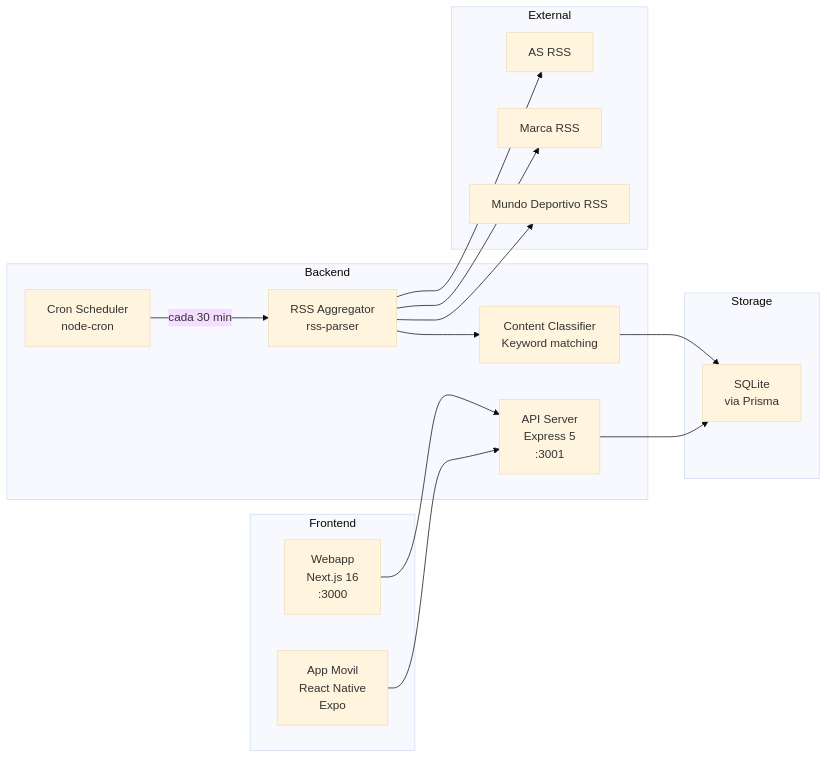
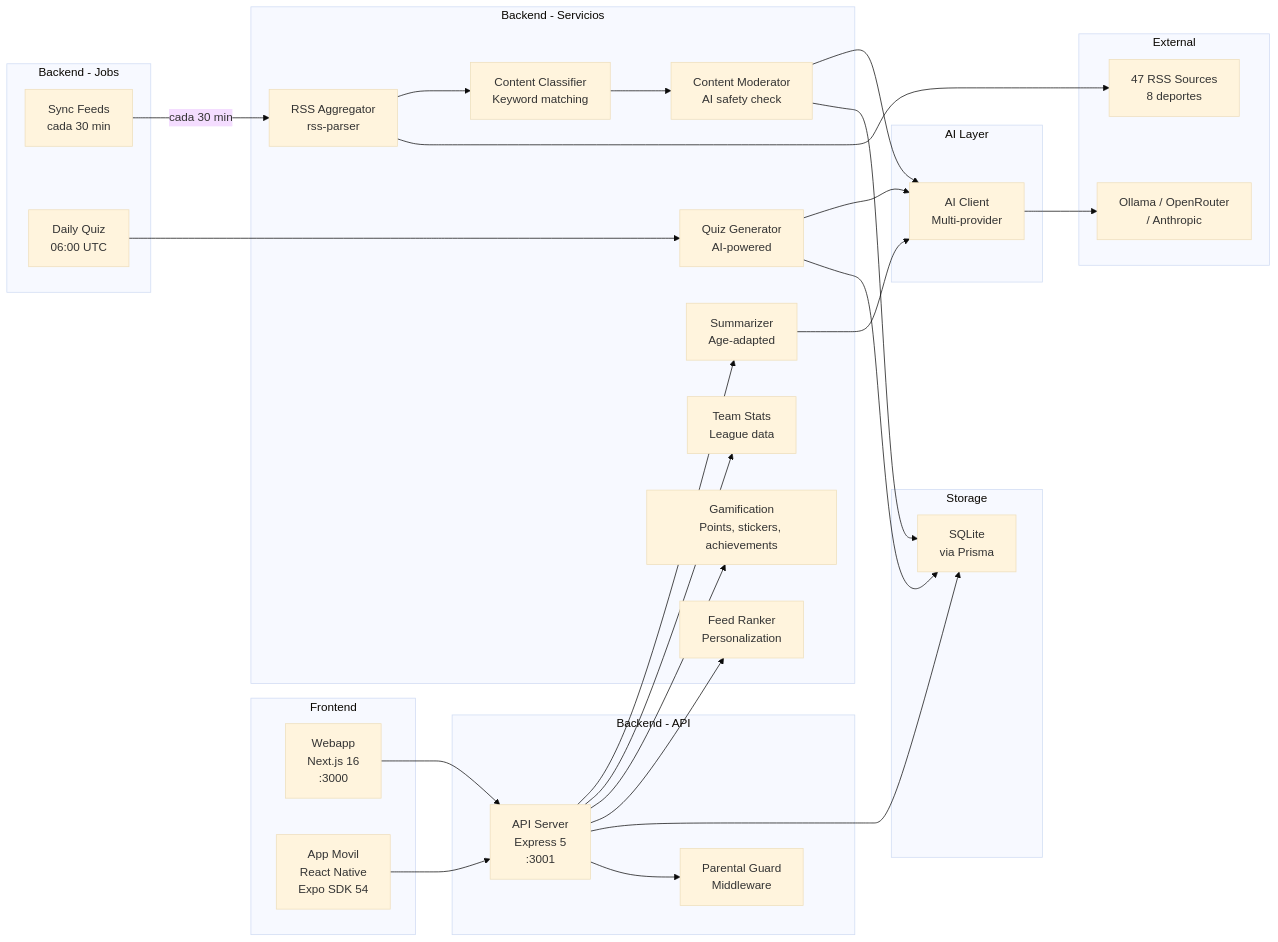
Before and after one commit to durdy48/SportyKids: the first of 2 diagrams in docs/es/06-service-overview.md, drawn with Mermaid (base theme). The commit also changed other lines of this file and 22 other files, not shown here.

````diff
--- a/docs/es/06-service-overview.md
+++ b/docs/es/06-service-overview.md
@@ -5,34 +5,61 @@
 ```mermaid
 graph LR
     subgraph "Frontend"
         A["Webapp<br/>Next.js 16<br/>:3000"]
-        B["App Movil<br/>React Native<br/>Expo"]
+        B["App Movil<br/>React Native<br/>Expo SDK 54"]
     end
 
-    subgraph "Backend"
+    subgraph "Backend - API"
         C["API Server<br/>Express 5<br/>:3001"]
+        PG["Parental Guard<br/>Middleware"]
+    end
+
+    subgraph "Backend - Servicios"
         D["RSS Aggregator<br/>rss-parser"]
         E["Content Classifier<br/>Keyword matching"]
-        F["Cron Scheduler<br/>node-cron"]
+        CM["Content Moderator<br/>AI safety check"]
+        SUM["Summarizer<br/>Age-adapted"]
+        QG["Quiz Generator<br/>AI-powered"]
+        GAM["Gamification<br/>Points, stickers, achievements"]
+        FR["Feed Ranker<br/>Personalization"]
+        TS["Team Stats<br/>League data"]
+    end
+
+    subgraph "Backend - Jobs"
+        F["Sync Feeds<br/>cada 30 min"]
+        DQ["Daily Quiz<br/>06:00 UTC"]
+    end
+
+    subgraph "AI Layer"
+        AI["AI Client<br/>Multi-provider"]
     end
 
     subgraph "Storage"
         G["SQLite<br/>via Prisma"]
     end
 
     subgraph "External"
-        H["AS RSS"]
-        I["Marca RSS"]
-        J["Mundo Deportivo RSS"]
+        H["47 RSS Sources<br/>8 deportes"]
+        AIPROV["Ollama / OpenRouter<br/>/ Anthropic"]
     end
 
     A --> C
     B --> C
+    C --> PG
     C --> G
+    C --> FR
+    C --> GAM
+    C --> TS
+    C --> SUM
     F -->|cada 30 min| D
     D --> H
-    D --> I
-    D --> J
     D --> E
-    E --> G
+    E --> CM
+    CM --> G
+    DQ --> QG
+    QG --> G
+    CM --> AI
+    SUM --> AI
+    QG --> AI
+    AI --> AIPROV
 ```
````
